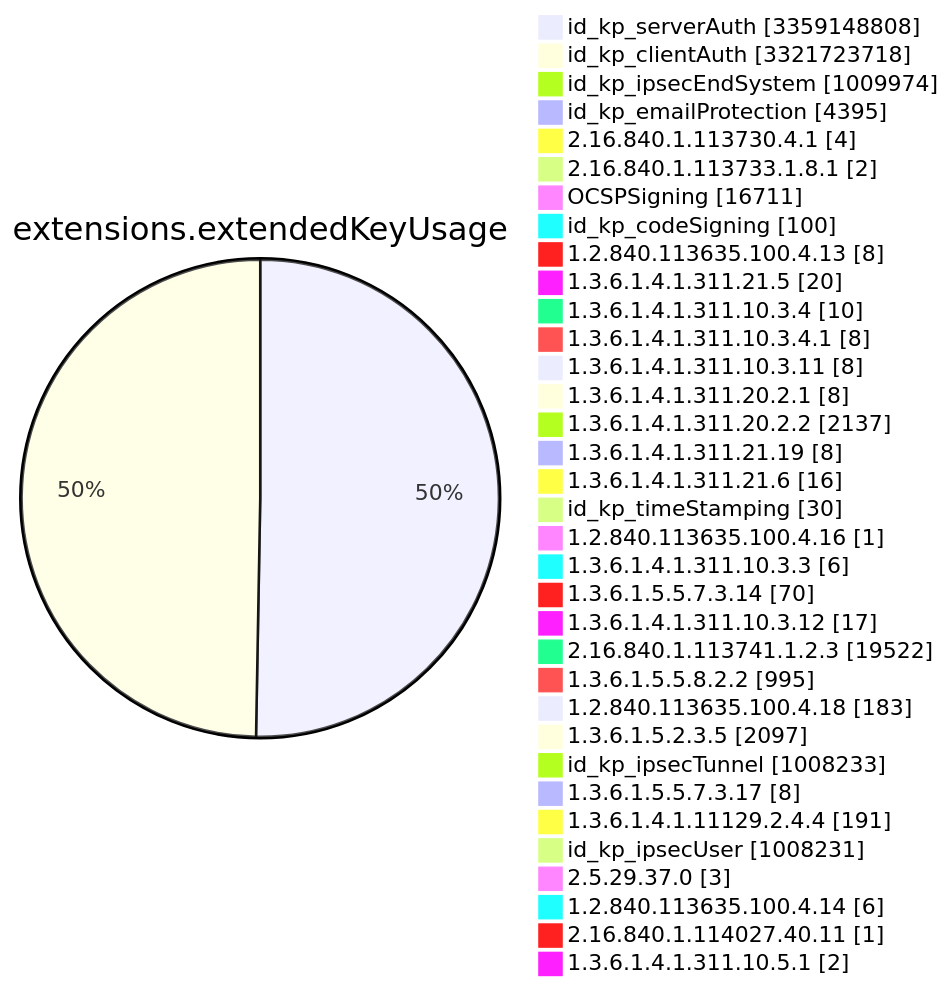
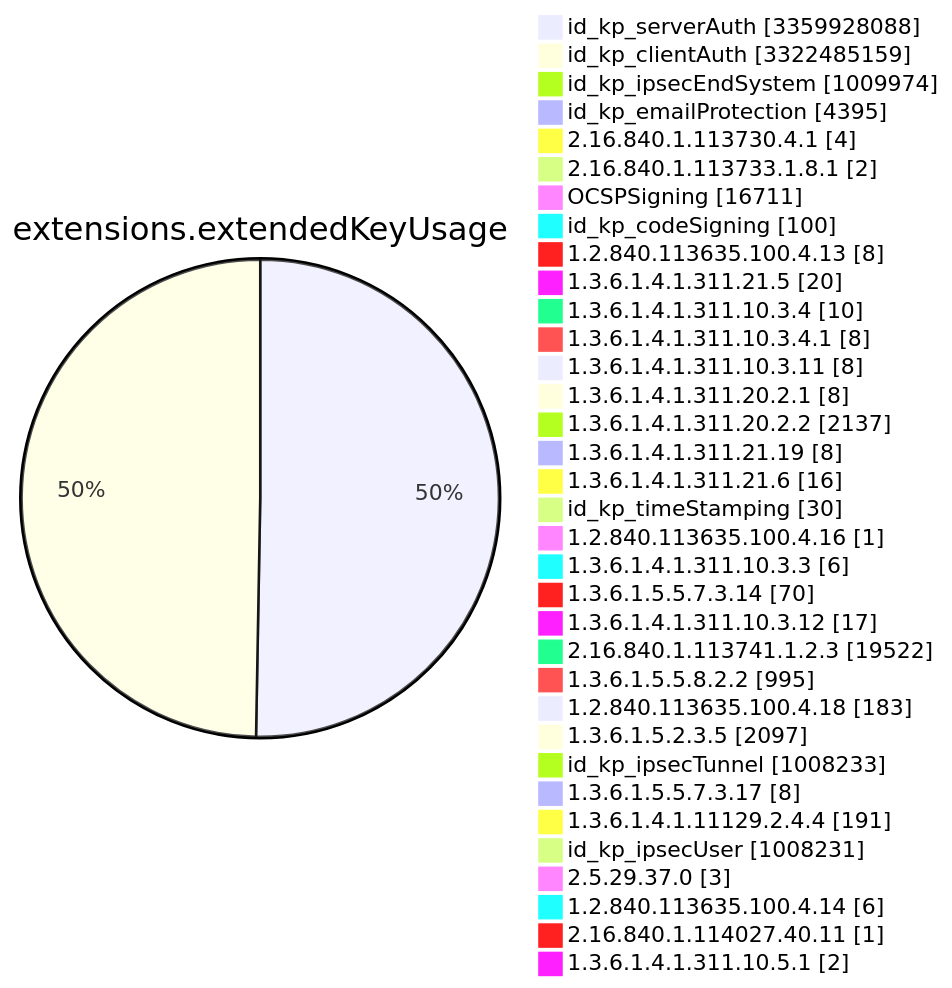
Diagram 11 of 15 in TOTAL/README.md (christiankrug/ctmonitor_visualization), drawn with Mermaid before and after one commit. The commit also changed other lines of this file, not shown here.

````diff
--- a/TOTAL/README.md
+++ b/TOTAL/README.md
@@ -4120,38 +4120,38 @@
 ```mermaid
 pie showData
 title extensions.extendedKeyUsage
-"id_kp_serverAuth" :3359148808
-"id_kp_clientAuth" :3321723718
+"id_kp_serverAuth" :3359928088
+"id_kp_clientAuth" :3322485159
 "id_kp_ipsecEndSystem" :1009974
 "id_kp_emailProtection" :4395
 "2.16.840.1.113730.4.1" :4
 "2.16.840.1.113733.1.8.1" :2
 "OCSPSigning" :16711
 "id_kp_codeSigning" :100
 "1.2.840.113635.100.4.13" :8
 "1.3.6.1.4.1.311.21.5" :20
 "1.3.6.1.4.1.311.10.3.4" :10
 "1.3.6.1.4.1.311.10.3.4.1" :8
 "1.3.6.1.4.1.311.10.3.11" :8
 "1.3.6.1.4.1.311.20.2.1" :8
 "1.3.6.1.4.1.311.20.2.2" :2137
 "1.3.6.1.4.1.311.21.19" :8
 "1.3.6.1.4.1.311.21.6" :16
 "id_kp_timeStamping" :30
 "1.2.840.113635.100.4.16" :1
 "1.3.6.1.4.1.311.10.3.3" :6
 "1.3.6.1.5.5.7.3.14" :70
 "1.3.6.1.4.1.311.10.3.12" :17
 "2.16.840.1.113741.1.2.3" :19522
 "1.3.6.1.5.5.8.2.2" :995
 "1.2.840.113635.100.4.18" :183
 "1.3.6.1.5.2.3.5" :2097
 "id_kp_ipsecTunnel" :1008233
 "1.3.6.1.5.5.7.3.17" :8
 "1.3.6.1.4.1.11129.2.4.4" :191
 "id_kp_ipsecUser" :1008231
 "2.5.29.37.0" :3
 "1.2.840.113635.100.4.14" :6
 "2.16.840.1.114027.40.11" :1
 "1.3.6.1.4.1.311.10.5.1" :2
 ```
````
